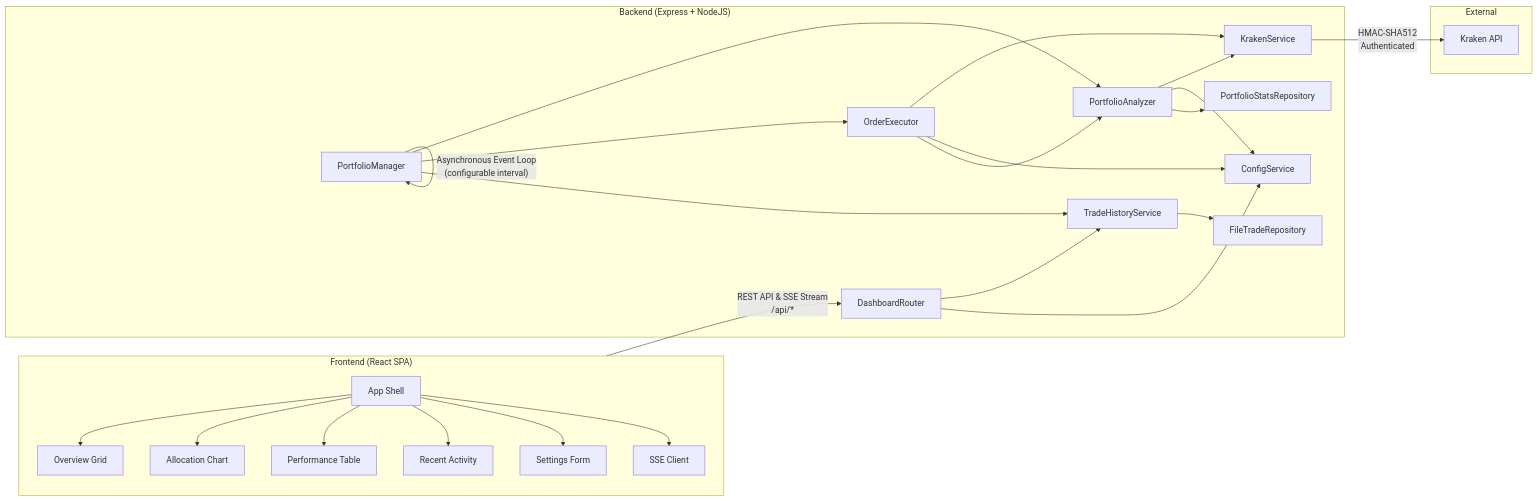
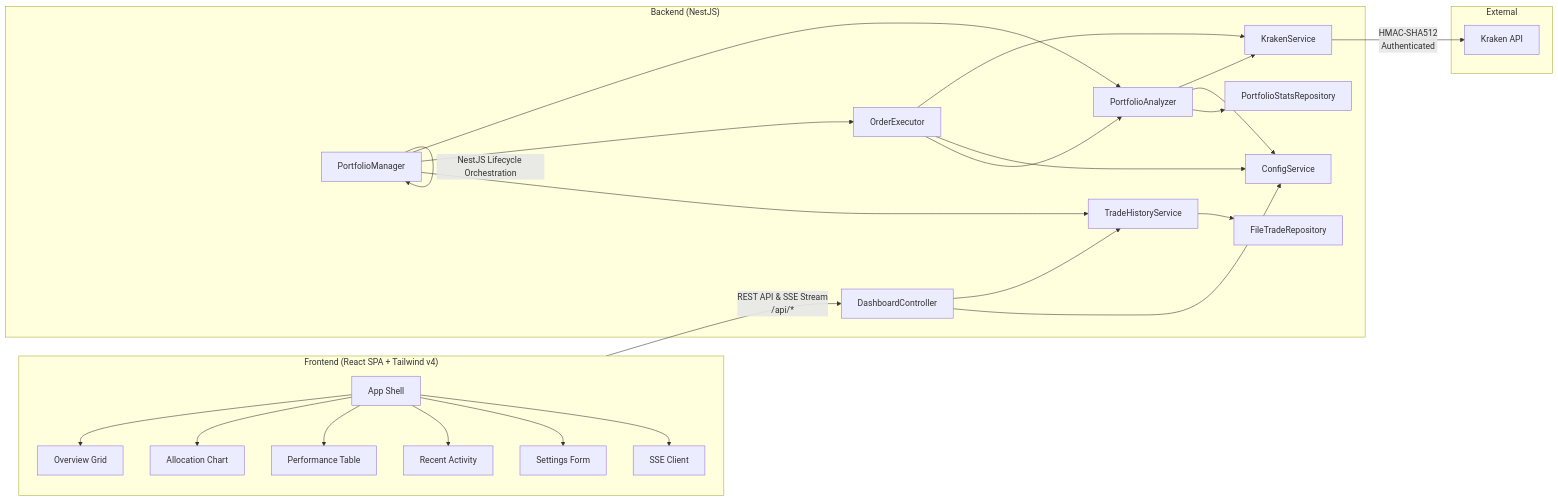
Before and after one commit to HyperVon/new-kraken-rebalancer: the first of 2 diagrams in README.md, drawn with Mermaid. The commit also changed other lines of this file and 55 other files, not shown here.

Commit message:
feat: migrate backend to NestJS and refactor frontend styling to Tailwind CSS v4 with full styles extraction

````diff
--- a/README.md
+++ b/README.md
@@ -113,34 +113,34 @@
 ```mermaid
 graph LR
-    subgraph Frontend["Frontend (React SPA)"]
+    subgraph Frontend["Frontend (React SPA + Tailwind v4)"]
         App[App Shell] --> OG[Overview Grid]
         App --> AC[Allocation Chart]
         App --> PT[Performance Table]
         App --> RA[Recent Activity]
         App --> SF[Settings Form]
         App --> SSE[SSE Client]
     end
 
-    subgraph Backend["Backend (Express + NodeJS)"]
-        R[DashboardRouter] --> THS[TradeHistoryService]
-        R --> CS[ConfigService]
+    subgraph Backend["Backend (NestJS)"]
+        C[DashboardController] --> THS[TradeHistoryService]
+        C --> CS[ConfigService]
         PM[PortfolioManager] --> PA[PortfolioAnalyzer]
         PM --> OE[OrderExecutor]
         PM --> THS
         PA --> KS[KrakenService]
         PA --> CS
         PA --> PSR[PortfolioStatsRepository]
         OE --> KS
         OE --> CS
         OE --> PA
         THS --> FTR[FileTradeRepository]
     end
 
     subgraph External
         KA[Kraken API]
     end
 
-    Frontend -- "REST API & SSE Stream\n/api/*" --> R
-    PM -- "Asynchronous Event Loop\n(configurable interval)" --> PM
+    Frontend -- "REST API & SSE Stream\n/api/*" --> C
+    PM -- "NestJS Lifecycle Orchestration" --> PM
     KS -- "HMAC-SHA512\nAuthenticated" --> KA
 ```
````
